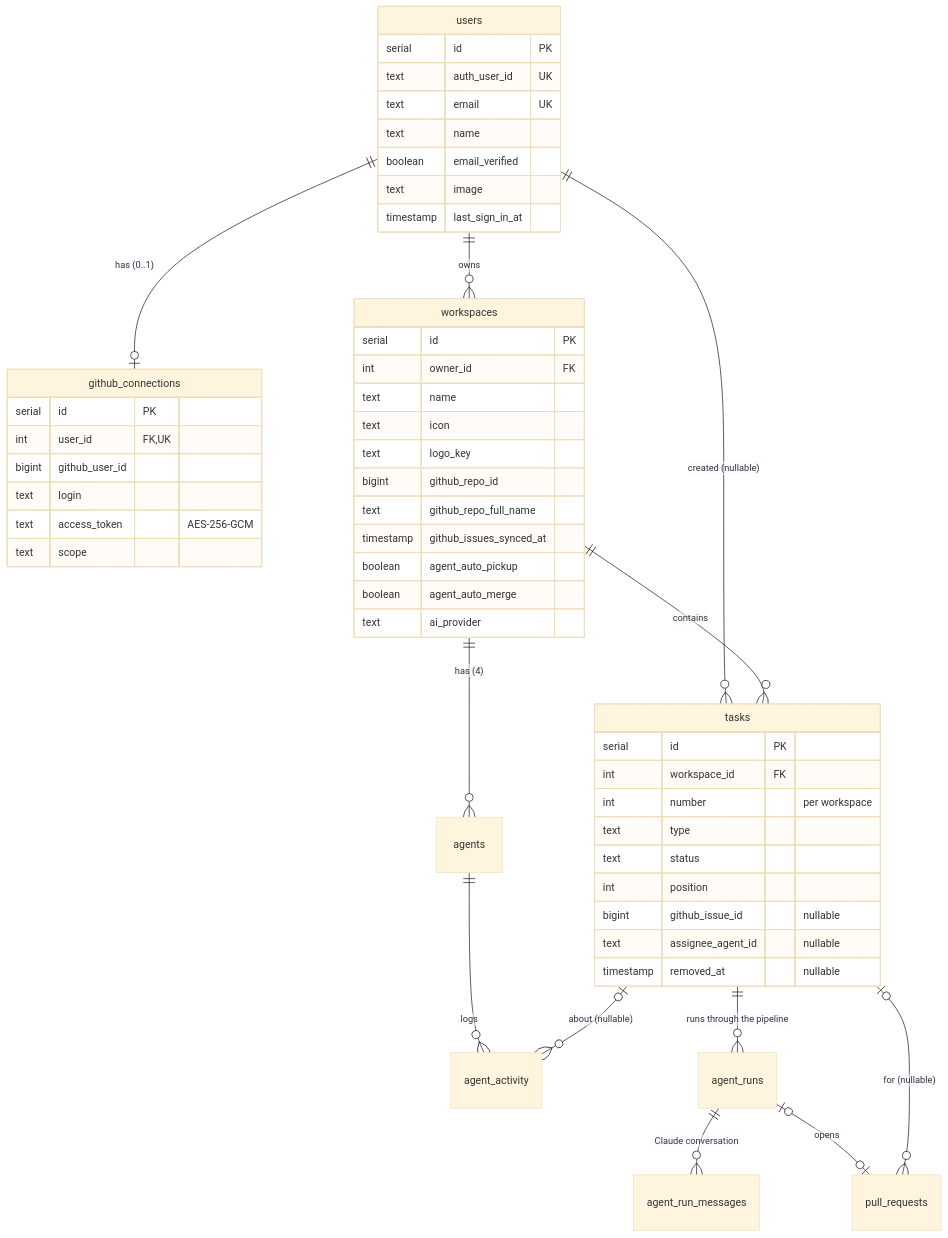
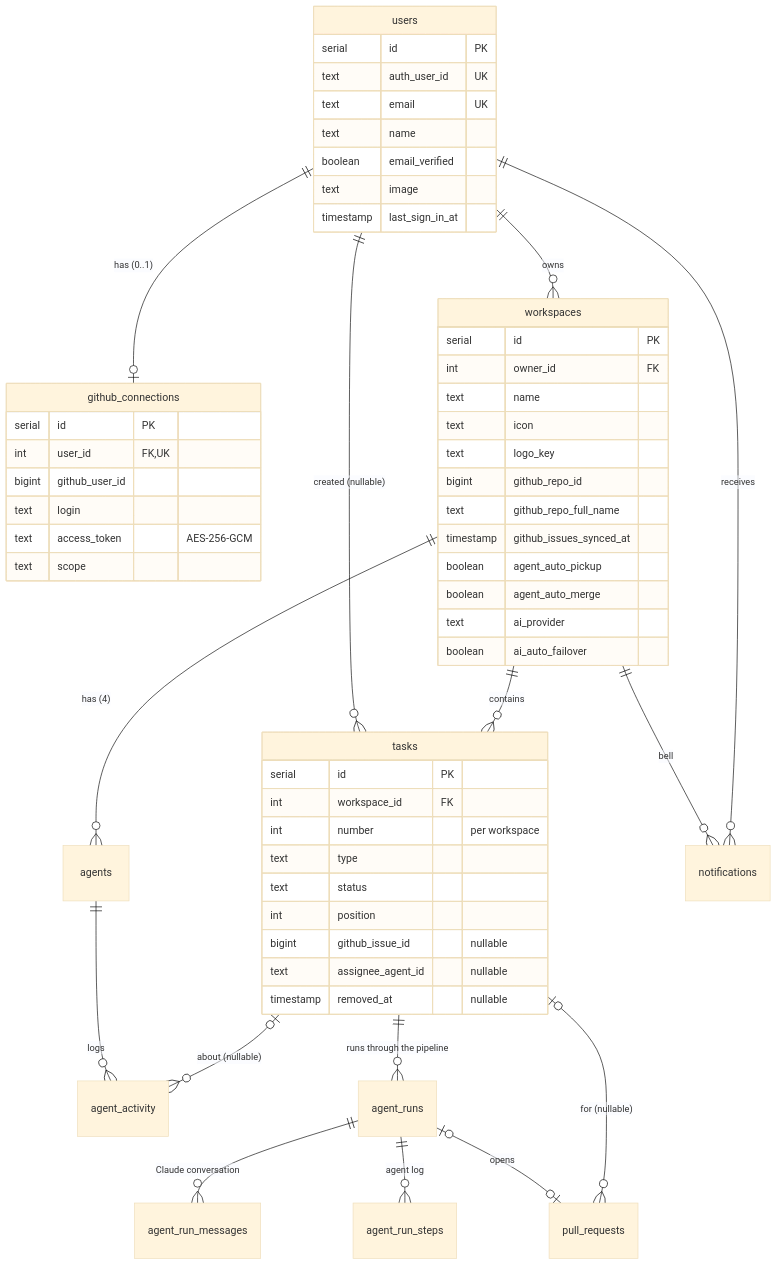
The diagram in docs/data-model.md (johanso/techcrew), drawn with Mermaid (base theme) before and after one commit. The commit also changed other lines of this file and 109 other files, not shown here.

````diff
--- a/docs/data-model.md
+++ b/docs/data-model.md
@@ -25,56 +25,60 @@
 ```mermaid
 erDiagram
     users ||--o| github_connections : "has (0..1)"
     users ||--o{ workspaces : owns
     users ||--o{ tasks : "created (nullable)"
     workspaces ||--o{ tasks : contains
     workspaces ||--o{ agents : "has (4)"
     agents ||--o{ agent_activity : logs
     tasks |o--o{ agent_activity : "about (nullable)"
     tasks ||--o{ agent_runs : "runs through the pipeline"
     agent_runs ||--o{ agent_run_messages : "Claude conversation"
+    agent_runs ||--o{ agent_run_steps : "agent log"
+    workspaces ||--o{ notifications : "bell"
+    users ||--o{ notifications : receives
     agent_runs |o--o| pull_requests : opens
     tasks |o--o{ pull_requests : "for (nullable)"
 
     users {
         serial id PK
         text auth_user_id UK
         text email UK
         text name
         boolean email_verified
         text image
         timestamp last_sign_in_at
     }
     github_connections {
         serial id PK
         int user_id FK,UK
         bigint github_user_id
         text login
         text access_token "AES-256-GCM"
         text scope
     }
     workspaces {
         serial id PK
         int owner_id FK
         text name
         text icon
         text logo_key
         bigint github_repo_id
         text github_repo_full_name
         timestamp github_issues_synced_at
         boolean agent_auto_pickup
         boolean agent_auto_merge
         text ai_provider
+        boolean ai_auto_failover
     }
     tasks {
         serial id PK
         int workspace_id FK
         int number "per workspace"
         text type
         text status
         int position
         bigint github_issue_id "nullable"
         text assignee_agent_id "nullable"
         timestamp removed_at "nullable"
     }
 ```
````
